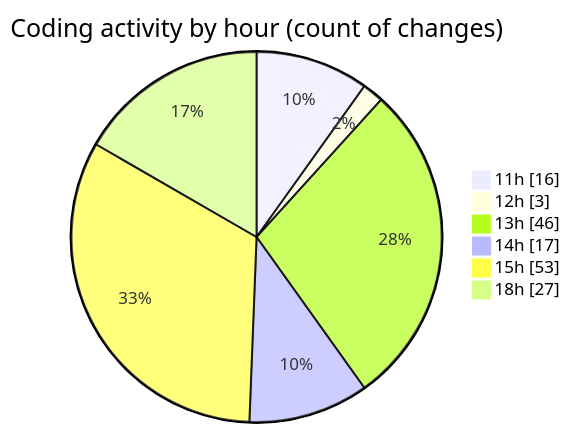
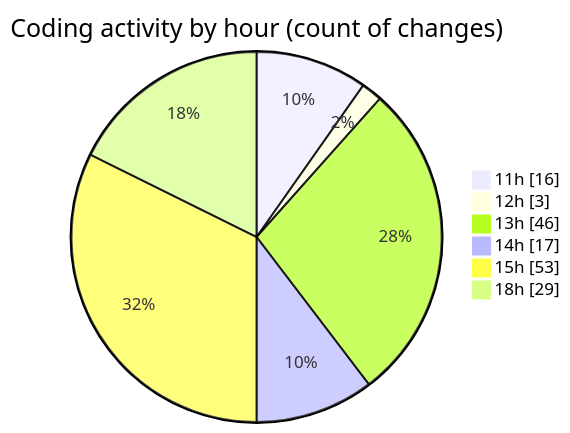
The second of 2 diagrams in 2025-07-08/argos/README.md (nxtqubesakshisongat/code-tracking), drawn with Mermaid before and after one commit. The commit also changed other lines of this file and 1 other file, not shown here.

````diff
--- a/2025-07-08/argos/README.md
+++ b/2025-07-08/argos/README.md
@@ -34,10 +34,10 @@
 ```mermaid
 pie showData
 title Coding activity by hour (count of changes)
 "11h" : 16
 "12h" : 3
 "13h" : 46
 "14h" : 17
 "15h" : 53
-"18h" : 27
+"18h" : 29
 ```
````
